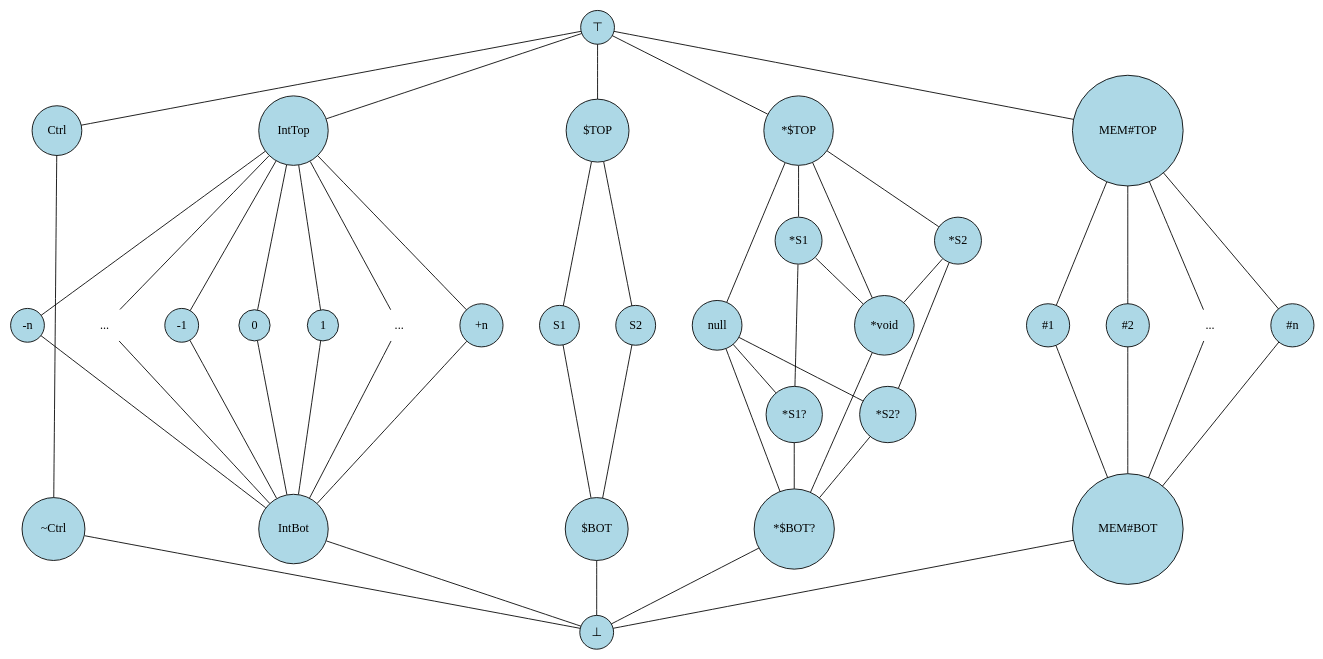
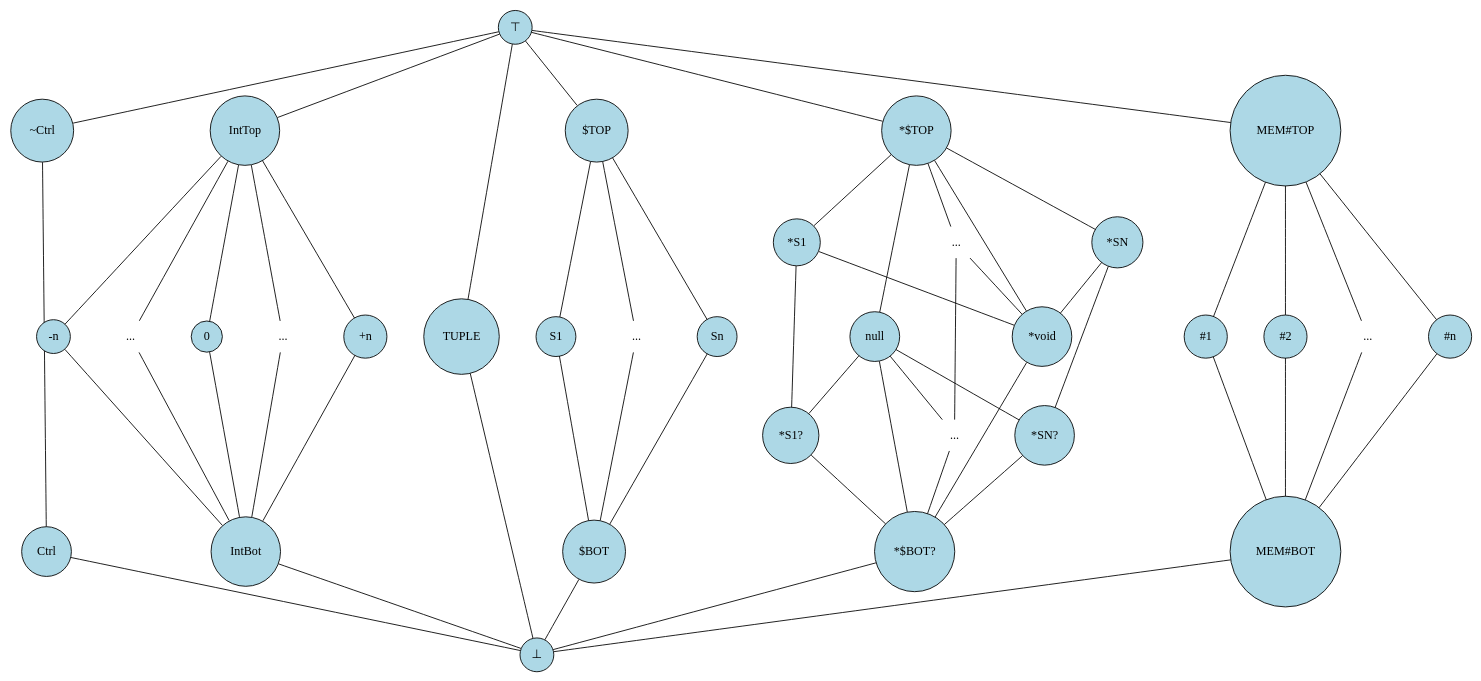
Before and after one commit to SeaOfNodes/Simple: the diagram in chapter10/docs/lattice.gv, drawn with Graphviz. The commit also changed 14 other files, not shown here.

```diff
--- a/chapter10/docs/lattice.gv
+++ b/chapter10/docs/lattice.gv
@@ -1,122 +1,135 @@
 digraph Lattice {
     // Define nodes
     splines=false;
     node [shape=circle, style=filled, fillcolor=lightblue];
     nodesep=0.6;
 
     TOP [label="⊤"];
     BOT [label="⊥"];
 
+    XCTRL [label="~Ctrl"];
     CTRL [label="Ctrl"];
-    XCTRL [label="~Ctrl"];
 
     INT_TOP [label="IntTop"];
     INT_BOT [label="IntBot"];
 
     INT_MIN [label="-n"];
     INT_MINDOTS [label="..." shape=none style=none];
-    INT_MINUS [label="-1"];
     INT_ZERO [label="0"];
-    INT_PLUS [label="1"];
     INT_MAXDOTS [label="..." shape=none style=none];
     INT_MAX [label="+n"];
 
+    TUPLE [label="TUPLE"];
+
     STRUCT_TOP [label="$TOP"];
     STRUCT_S1  [label="S1"];
-    STRUCT_S2  [label="S2"];
+    STRUCT_DOTS  [label="..." shape=none style=none];
+    STRUCT_SN  [label="Sn"];
     STRUCT_BOT [label="$BOT"]
 
     PTR_TOP      [label="*$TOP"];
     PTR_NULL     [label="null"];
     PTR_VOIDPTR  [label="*void"];
     PTR_S1       [label="*S1"];
-    PTR_S2       [label="*S2"];
+    PTR_SDOTS    [label="..." shape=none style=none];
+    PTR_SN       [label="*SN"];
     PTR_S1OPT    [label="*S1?"];
-    PTR_S2OPT    [label="*S2?"];
+    PTR_SOPTDOTS    [label="..." shape=none style=none];
+    PTR_SNOPT    [label="*SN?"];
     PTR_BOT      [label="*$BOT?"];
 
     MEM_TOP      [label="MEM#TOP"];
     MEM_ALIAS1   [label="#1"];
     MEM_ALIAS2   [label="#2"];
     MEM_ALIASDOTS  [label="..." shape=none style=none];
     MEM_ALIASN   [label="#n"];
     MEM_BOT      [label="MEM#BOT"];
 
     // Define edges
     edge [arrowhead=none];
 
-    TOP -> CTRL;
-    CTRL -> XCTRL;
-    XCTRL -> BOT;
+    TOP -> XCTRL;
+    XCTRL -> CTRL;
+    CTRL -> BOT;
 
     TOP         -> INT_TOP;
     INT_TOP     -> INT_MIN;
     INT_TOP     -> INT_MINDOTS;
-    INT_TOP     -> INT_MINUS;
     INT_TOP     -> INT_ZERO;
-    INT_TOP     -> INT_PLUS;
     INT_TOP     -> INT_MAXDOTS;
     INT_TOP     -> INT_MAX;
     INT_MIN     -> INT_BOT;
     INT_MINDOTS -> INT_BOT;
-    INT_MINUS   -> INT_BOT;
     INT_ZERO    -> INT_BOT;
-    INT_PLUS    -> INT_BOT;
     INT_MAXDOTS -> INT_BOT;
     INT_MAX     -> INT_BOT;
     INT_BOT     -> BOT;
 
-    INT_MIN -> INT_MINDOTS -> INT_MINUS -> INT_ZERO -> INT_PLUS -> INT_MAXDOTS -> INT_MAX [style=invis];
+    INT_MIN -> INT_MINDOTS -> INT_ZERO -> INT_MAXDOTS -> INT_MAX [style=invis];
+
+    TOP          -> TUPLE;
+    TUPLE        -> BOT;
 
     TOP          -> STRUCT_TOP;
     STRUCT_TOP   -> STRUCT_S1;
-    STRUCT_TOP   -> STRUCT_S2;
+    STRUCT_TOP   -> STRUCT_DOTS;
+    STRUCT_TOP   -> STRUCT_SN;
     STRUCT_S1    -> STRUCT_BOT;
-    STRUCT_S2    -> STRUCT_BOT;
+    STRUCT_DOTS  -> STRUCT_BOT;
+    STRUCT_SN    -> STRUCT_BOT;
     STRUCT_BOT   -> BOT;
+
+    STRUCT_S1 -> STRUCT_DOTS -> STRUCT_SN [style=invis];
 
     TOP          -> PTR_TOP;
     PTR_TOP      -> PTR_S1;
-    PTR_TOP      -> PTR_S2;
+    PTR_TOP      -> PTR_SDOTS;
+    PTR_TOP      -> PTR_SN;
     PTR_TOP      -> PTR_NULL;
     PTR_TOP      -> PTR_VOIDPTR;
     PTR_NULL     -> PTR_BOT;
     PTR_NULL     -> PTR_S1OPT;
-    PTR_NULL     -> PTR_S2OPT;
+    PTR_NULL     -> PTR_SOPTDOTS;
+    PTR_NULL     -> PTR_SNOPT;
     PTR_S1       -> PTR_S1OPT;
     PTR_S1       -> PTR_VOIDPTR;
-    PTR_S2       -> PTR_S2OPT;
-    PTR_S2       -> PTR_VOIDPTR;
+    PTR_SDOTS    -> PTR_SOPTDOTS;
+    PTR_SDOTS    -> PTR_VOIDPTR;
+    PTR_SN       -> PTR_SNOPT;
+    PTR_SN       -> PTR_VOIDPTR;
     PTR_VOIDPTR  -> PTR_BOT;
     PTR_S1OPT    -> PTR_BOT;
-    PTR_S2OPT    -> PTR_BOT;
+    PTR_SOPTDOTS -> PTR_BOT;
+    PTR_SNOPT    -> PTR_BOT;
     PTR_BOT      -> BOT;
+
+    PTR_S1 -> PTR_SDOTS -> PTR_SN [style=invis];
+    PTR_S1OPT -> PTR_SOPTDOTS -> PTR_SNOPT [style=invis];
 
     TOP          -> MEM_TOP;
     MEM_TOP      -> MEM_ALIAS1;
     MEM_TOP      -> MEM_ALIAS2;
     MEM_TOP      -> MEM_ALIASDOTS;
     MEM_TOP      -> MEM_ALIASN;
     MEM_ALIAS1   -> MEM_BOT;
     MEM_ALIAS2   -> MEM_BOT;
     MEM_ALIASDOTS -> MEM_BOT;
     MEM_ALIASN    -> MEM_BOT;
     MEM_BOT       -> BOT;
 
     MEM_ALIAS1 -> MEM_ALIAS2 -> MEM_ALIASDOTS -> MEM_ALIASN [style=invis];
 
     // Additional customization
-    {rank=same; TOP}
-    {rank=same; INT_TOP; CTRL; STRUCT_TOP; PTR_TOP; MEM_TOP;}
-    {rank=same; PTR_S1; PTR_S2;}
+    {rank=same; TOP;}
+    {rank=same; INT_TOP; XCTRL; STRUCT_TOP; PTR_TOP; MEM_TOP;}
+    {rank=same; PTR_S1; PTR_SDOTS; PTR_SN;}
     {rank=same; INT_MIN; INT_MINDOTS;
-                INT_MINUS; INT_ZERO;
-                INT_PLUS; INT_MAXDOTS;
-                INT_MAX; STRUCT_S1; STRUCT_S2;
+                INT_ZERO; INT_MAXDOTS;
+                INT_MAX; TUPLE; STRUCT_S1; STRUCT_DOTS; STRUCT_SN;
                 PTR_NULL; PTR_VOIDPTR;
                 MEM_ALIAS1; MEM_ALIAS2;
                 MEM_ALIASDOTS; MEM_ALIASN;}
-    {rank=same; PTR_S1OPT; PTR_S2OPT;}
-    {rank=same; INT_BOT; XCTRL; STRUCT_BOT; PTR_BOT; MEM_BOT;}
+    {rank=same; PTR_S1OPT; PTR_SOPTDOTS; PTR_SNOPT; }
+    {rank=same; INT_BOT; CTRL; STRUCT_BOT; PTR_BOT; MEM_BOT;}
     {rank=same; BOT;}
 }
```
